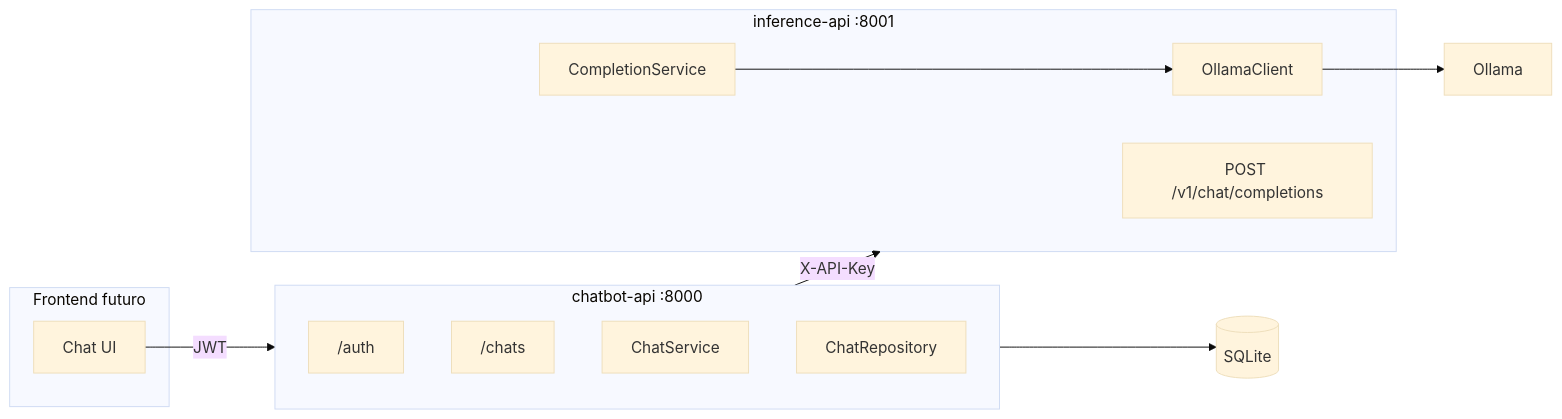
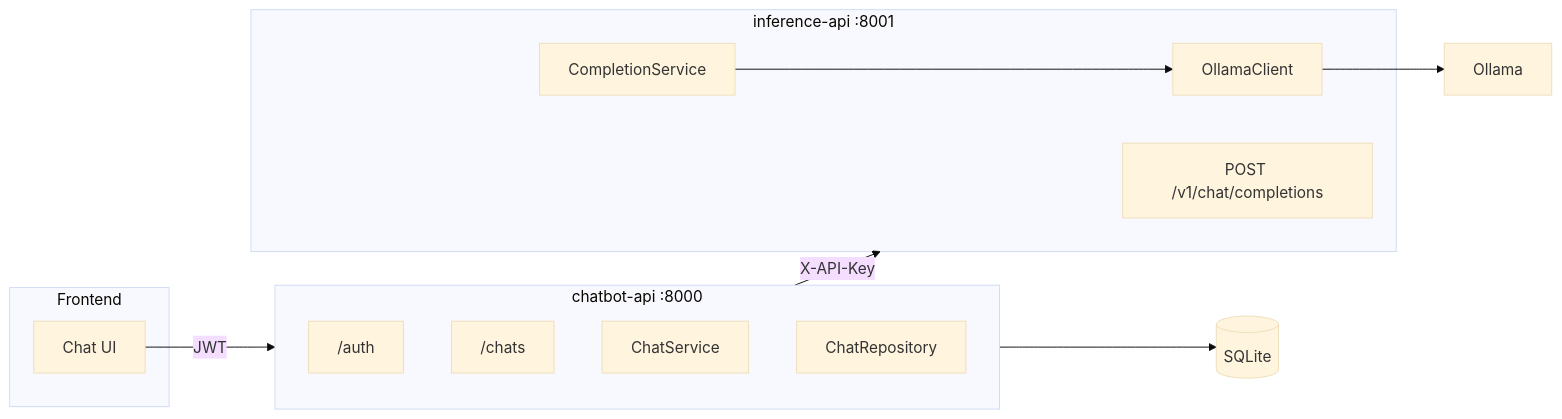
Before and after one commit to giselesousar/chat-llm: the diagram in README.md, drawn with Mermaid (base theme).

````diff
--- a/README.md
+++ b/README.md
@@ -7,25 +7,25 @@
 ```mermaid
 flowchart LR
-  subgraph front [Frontend futuro]
+  subgraph front [Frontend]
     UI[Chat UI]
   end
   subgraph chatbot [chatbot-api :8000]
     Auth["/auth"]
     Chats["/chats"]
     ChatSvc[ChatService]
     Repo[ChatRepository]
   end
   subgraph inference [inference-api :8001]
     Completions["POST /v1/chat/completions"]
     Svc[CompletionService]
     Ollama[OllamaClient]
   end
   LLM[Ollama]
   DB[(SQLite)]
 
   UI -->|JWT| chatbot
   chatbot -->|X-API-Key| inference
   chatbot --> DB
   Svc --> Ollama
   Ollama --> LLM
 ```
````
